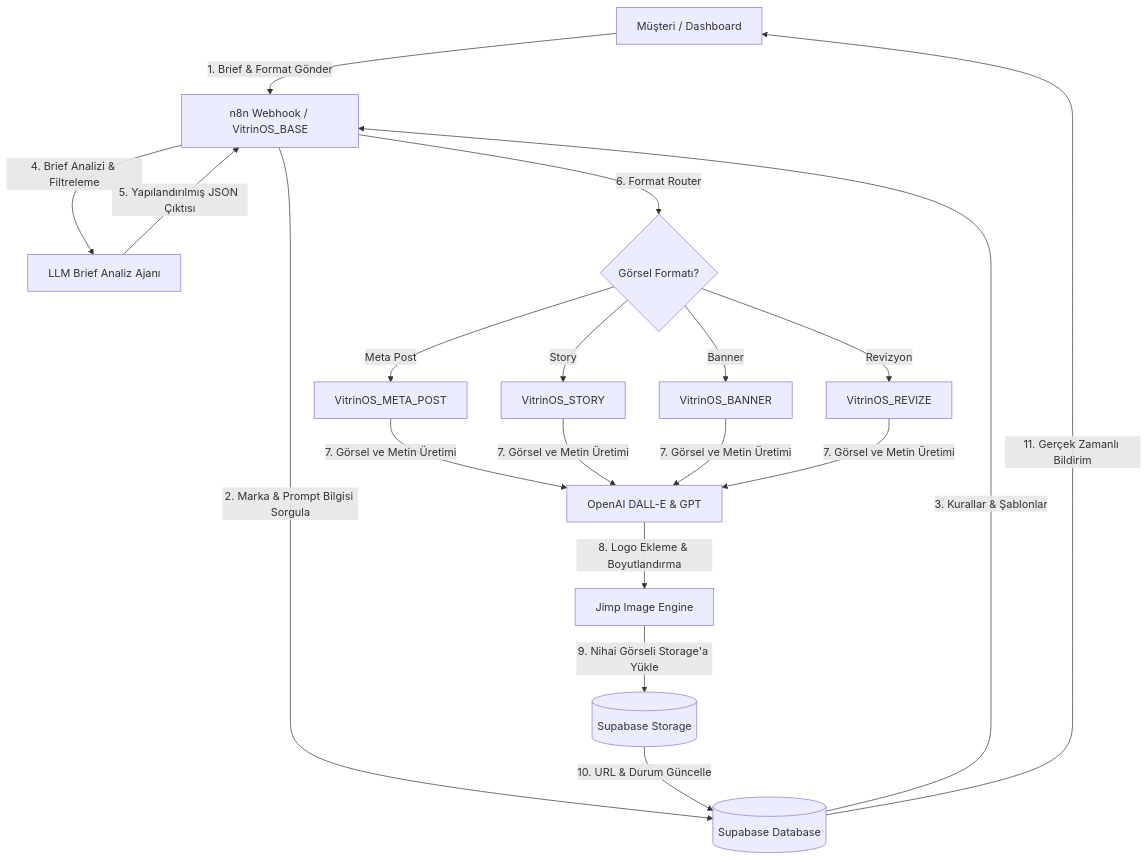
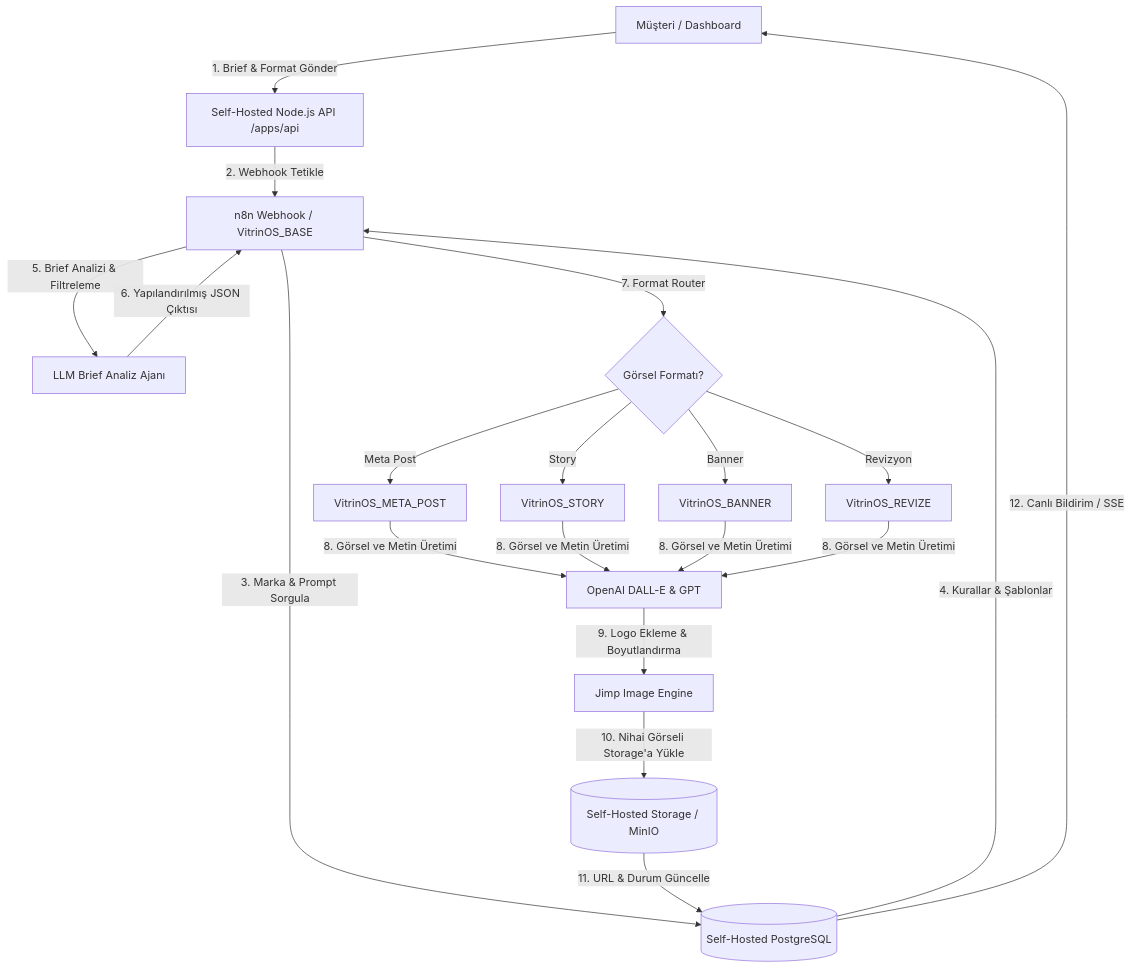
Before and after one commit to locko6634-mustafa/VitrinOS: the diagram in README.md, drawn with Mermaid. The commit also changed other lines of this file and 1 other file, not shown here.

Commit message:
docs: Supabase ve Vercel bagimliliklarini kaldirarak self-hosted backend mimarisine gore README.md ve agents.md guncellendi

````diff
--- a/README.md
+++ b/README.md
@@ -13,20 +13,21 @@
 ```mermaid
 graph TD
-    A[Müşteri / Dashboard] -->|1. Brief & Format Gönder| B[n8n Webhook / VitrinOS_BASE]
-    B -->|2. Marka & Prompt Bilgisi Sorgula| C[(Supabase Database)]
-    C -->|3. Kurallar & Şablonlar| B
-    B -->|4. Brief Analizi & Filtreleme| D[LLM Brief Analiz Ajanı]
-    D -->|5. Yapılandırılmış JSON Çıktısı| B
-    B -->|6. Format Router| E{Görsel Formatı?}
+    A[Müşteri / Dashboard] -->|1. Brief & Format Gönder| B[Self-Hosted Node.js API /apps/api]
+    B -->|2. Webhook Tetikle| C[n8n Webhook / VitrinOS_BASE]
+    C -->|3. Marka & Prompt Sorgula| D[(Self-Hosted PostgreSQL)]
+    D -->|4. Kurallar & Şablonlar| C
+    C -->|5. Brief Analizi & Filtreleme| E[LLM Brief Analiz Ajanı]
+    E -->|6. Yapılandırılmış JSON Çıktısı| C
+    C -->|7. Format Router| F{Görsel Formatı?}
     
-    E -->|Meta Post| F[VitrinOS_META_POST]
-    E -->|Story| G[VitrinOS_STORY]
-    E -->|Banner| H[VitrinOS_BANNER]
-    E -->|Revizyon| I[VitrinOS_REVIZE]
+    F -->|Meta Post| G[VitrinOS_META_POST]
+    F -->|Story| H[VitrinOS_STORY]
+    F -->|Banner| I[VitrinOS_BANNER]
+    F -->|Revizyon| J[VitrinOS_REVIZE]
     
-    F & G & H & I -->|7. Görsel ve Metin Üretimi| J[OpenAI DALL-E & GPT]
-    J -->|8. Logo Ekleme & Boyutlandırma| K[Jimp Image Engine]
-    K -->|9. Nihai Görseli Storage'a Yükle| L[(Supabase Storage)]
-    L -->|10. URL & Durum Güncelle| C
-    C -->|11. Gerçek Zamanlı Bildirim| A
+    G & H & I & J -->|8. Görsel ve Metin Üretimi| K[OpenAI DALL-E & GPT]
+    K -->|9. Logo Ekleme & Boyutlandırma| L[Jimp Image Engine]
+    L -->|10. Nihai Görseli Storage'a Yükle| M[(Self-Hosted Storage / MinIO)]
+    M -->|11. URL & Durum Güncelle| D
+    D -->|12. Canlı Bildirim / SSE| A
 ```
````
